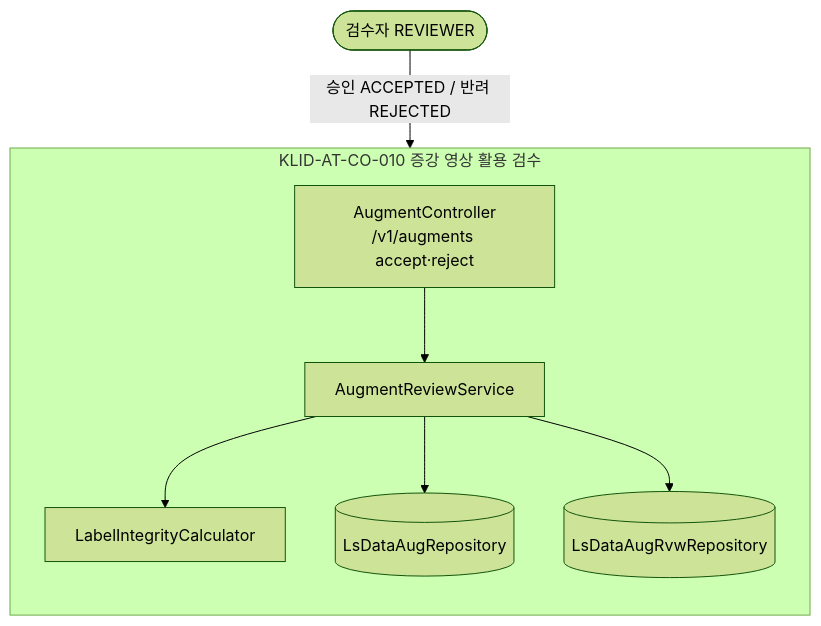
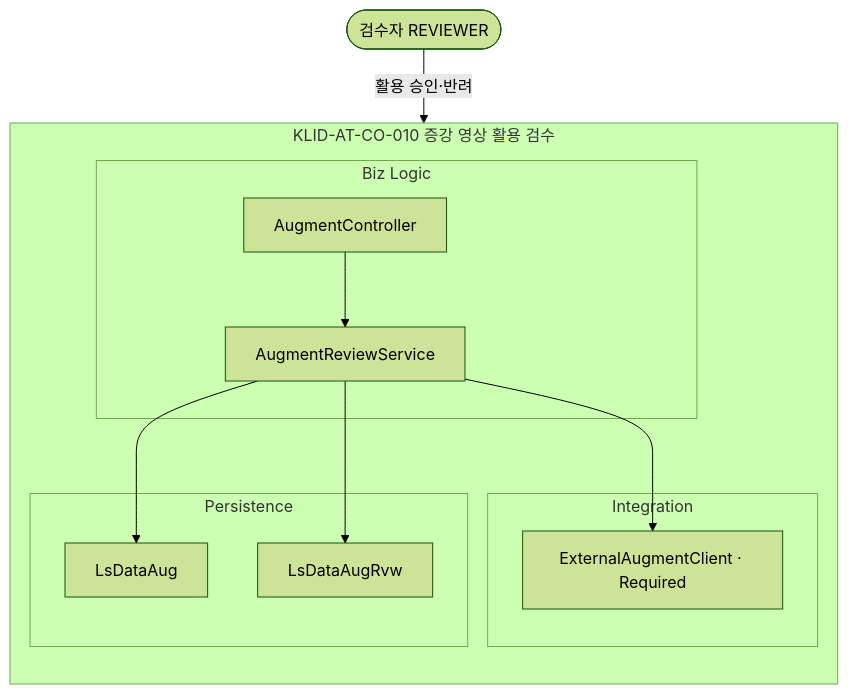
The tenth of 13 diagrams in docs/design/D3-컴포넌트설계서.md (New-stella/klid-label), drawn with Mermaid (forest theme) before and after one commit. The commit also changed other lines of this file and 32 other files, not shown here.

````diff
--- a/docs/design/D3-컴포넌트설계서.md
+++ b/docs/design/D3-컴포넌트설계서.md
@@ -267,17 +322,23 @@
 ```mermaid
 flowchart TD
     REVIEWER([검수자 REVIEWER])
     subgraph CO010[KLID-AT-CO-010 증강 영상 활용 검수]
         direction TB
-        AC[AugmentController<br/>/v1/augments accept·reject]
-        ARVS[AugmentReviewService]
-        LIC[LabelIntegrityCalculator]
-        LDAR[(LsDataAugRepository)]
-        LDARV[(LsDataAugRvwRepository)]
+        subgraph BIZ10[Biz Logic]
+            AC[AugmentController]
+            ARVS[AugmentReviewService]
+        end
+        subgraph INT10[Integration]
+            EAC[ExternalAugmentClient · Required]
+        end
+        subgraph PER10[Persistence]
+            LDA[LsDataAug]
+            LAR[LsDataAugRvw]
+        end
         AC --> ARVS
-        ARVS --> LIC
-        ARVS --> LDAR
-        ARVS --> LDARV
+        ARVS --> EAC
+        ARVS --> LDA
+        ARVS --> LAR
     end
-    REVIEWER -->|승인 ACCEPTED / 반려 REJECTED| AC
+    REVIEWER -->|활용 승인·반려| AC
 ```
````
